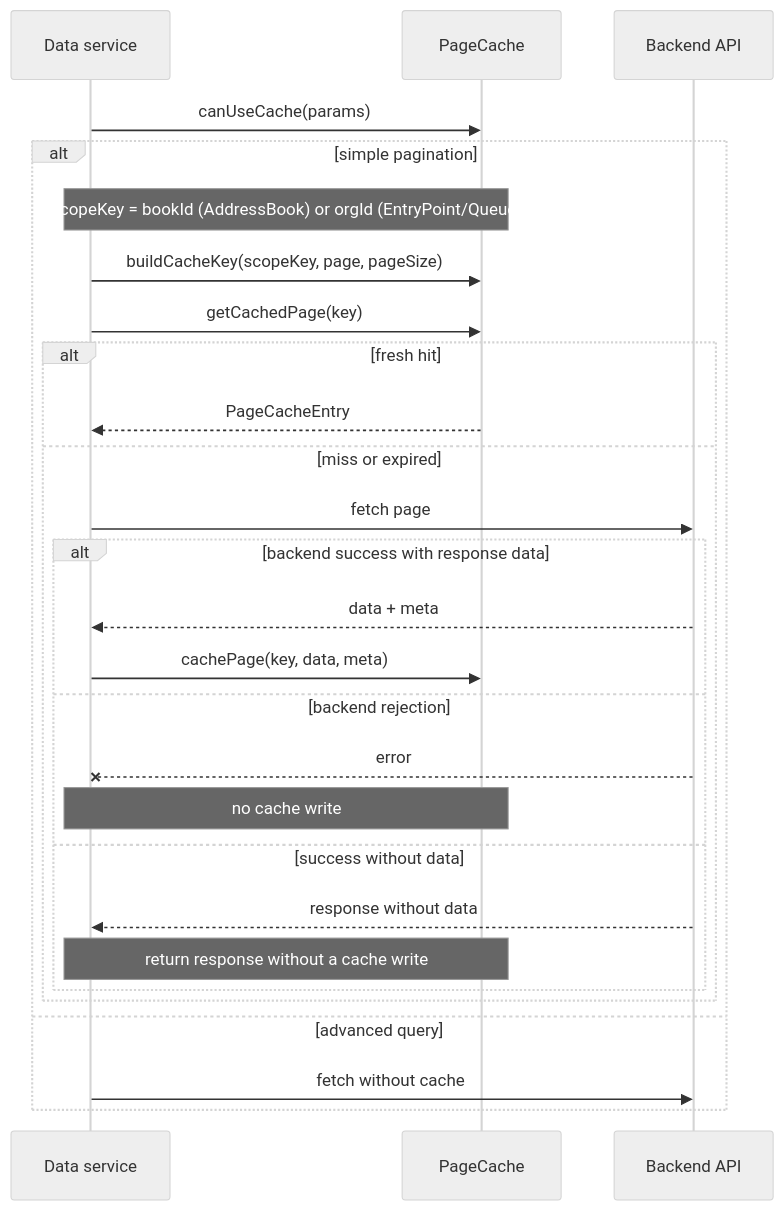
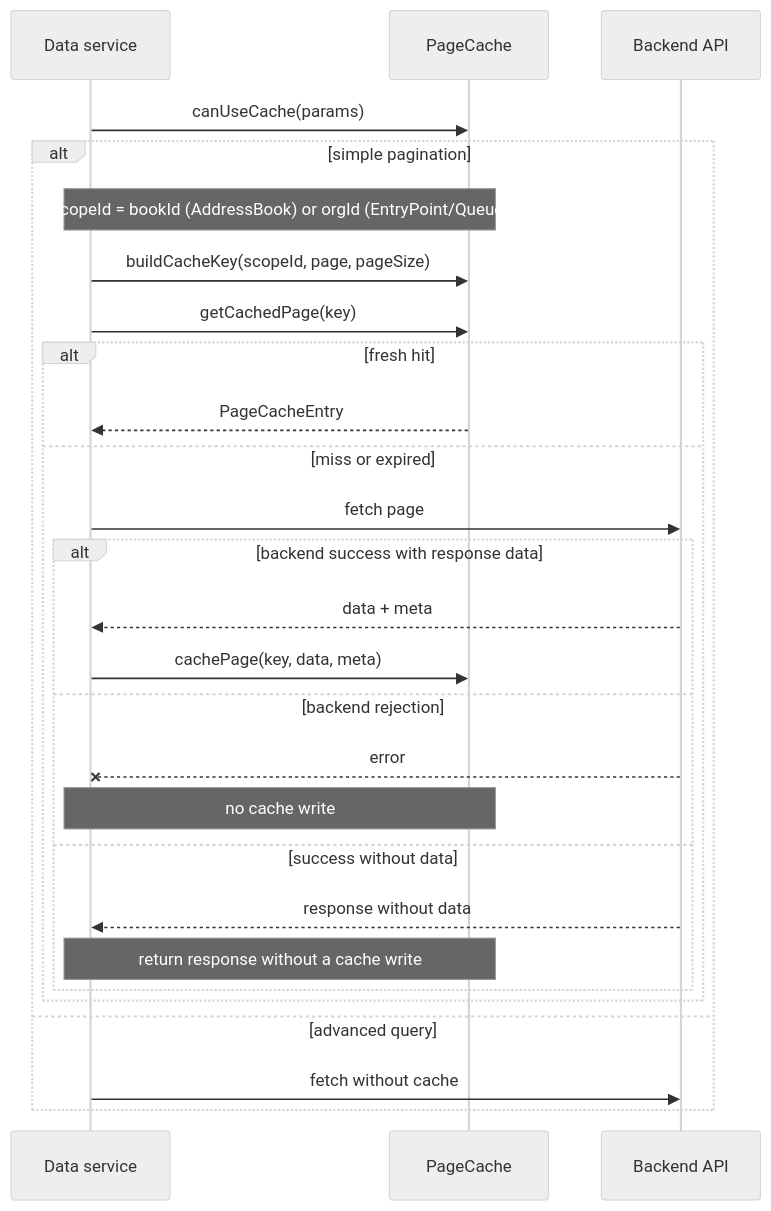
Before and after one commit to webex/webex-js-sdk: the second of 6 diagrams in packages/@webex/contact-center/src/utils/ai-docs/utils-spec.md, drawn with Mermaid (neutral theme). The commit also changed other lines of this file and 32 other files, not shown here.

````diff
--- a/packages/@webex/contact-center/src/utils/ai-docs/utils-spec.md
+++ b/packages/@webex/contact-center/src/utils/ai-docs/utils-spec.md
@@ -141,29 +141,29 @@
 ```mermaid
 sequenceDiagram
   participant Service as Data service
   participant Cache as PageCache
   participant API as Backend API
   Service->>Cache: canUseCache(params)
   alt simple pagination
-    Note over Service,Cache: scopeKey = bookId (AddressBook) or orgId (EntryPoint/Queue)
-    Service->>Cache: buildCacheKey(scopeKey, page, pageSize)
+    Note over Service,Cache: scopeId = bookId (AddressBook) or orgId (EntryPoint/Queue)
+    Service->>Cache: buildCacheKey(scopeId, page, pageSize)
     Service->>Cache: getCachedPage(key)
     alt fresh hit
       Cache-->>Service: PageCacheEntry
     else miss or expired
       Service->>API: fetch page
       alt backend success with response data
         API-->>Service: data + meta
         Service->>Cache: cachePage(key, data, meta)
       else backend rejection
         API--xService: error
         Note over Service,Cache: no cache write
       else success without data
         API-->>Service: response without data
         Note over Service,Cache: return response without a cache write
       end
     end
   else advanced query
     Service->>API: fetch without cache
   end
 ```
````
